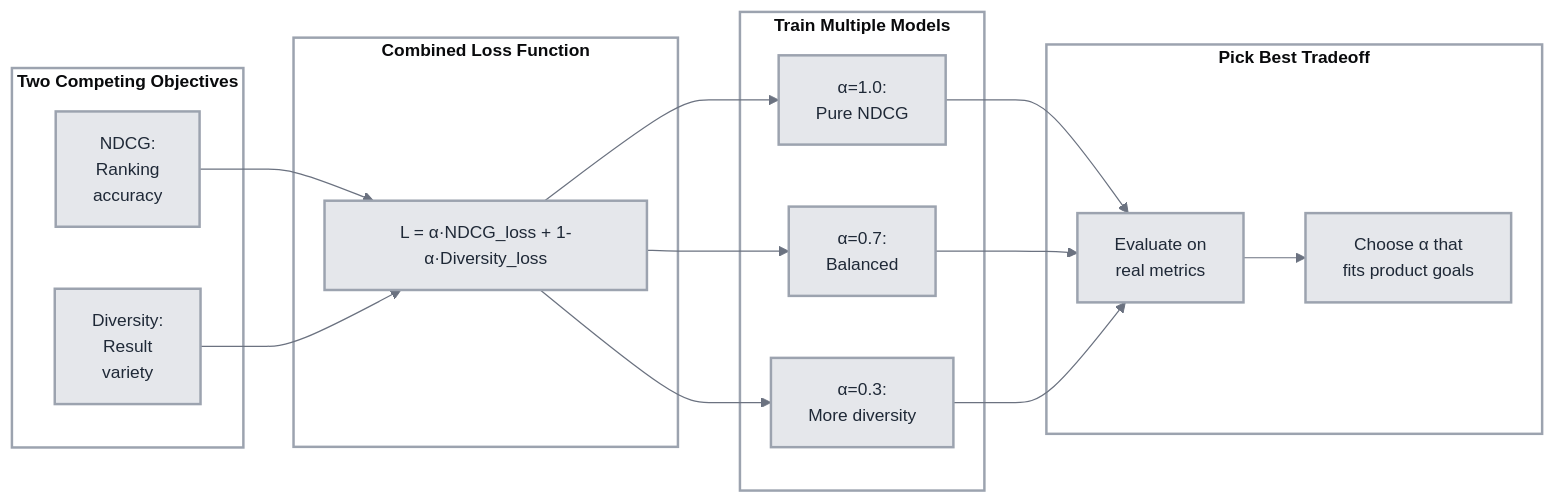
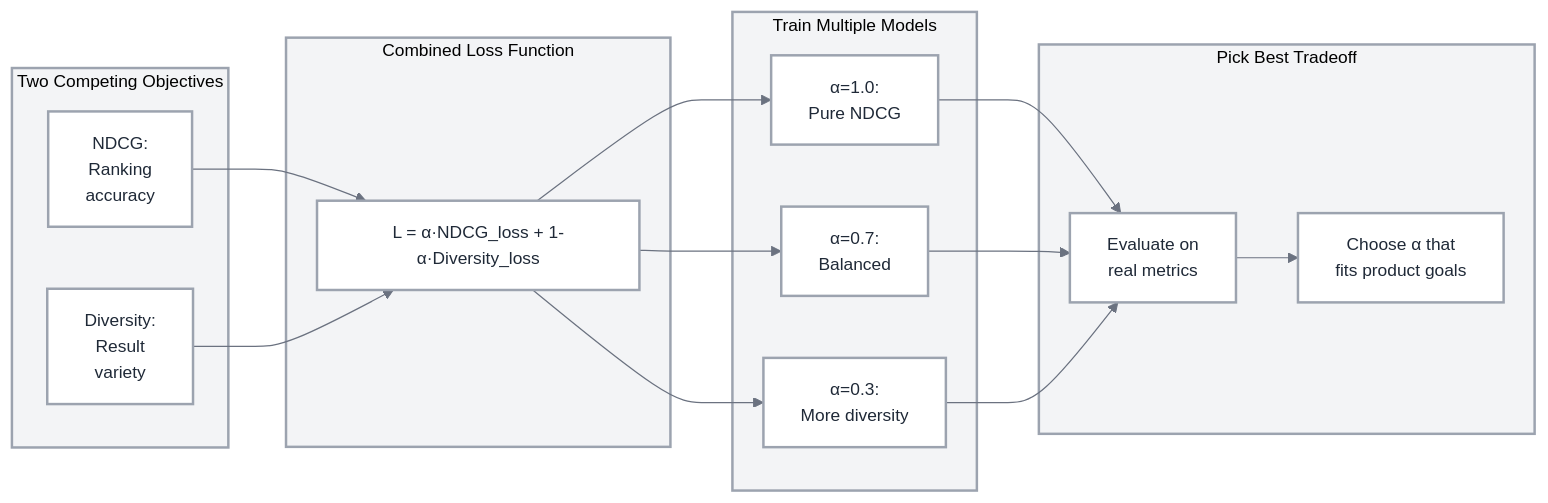
Before and after one commit to saraswatmks/saraswatmks.github.com: the third of 4 diagrams in _posts/2026/2026-02-07-lightgbm_pairwise_lambdarank.md, drawn with Mermaid. The commit also changed other lines of this file, not shown here.

````diff
--- a/_posts/2026/2026-02-07-lightgbm_pairwise_lambdarank.md
+++ b/_posts/2026/2026-02-07-lightgbm_pairwise_lambdarank.md
@@ -214,58 +226,57 @@
 ```mermaid
 %%{init: {
   'theme': 'base',
   'themeVariables': {
-    'primaryColor': '#E5E7EB',
+    'primaryColor': '#FFFFFF',
     'primaryTextColor': '#1F2937',
     'primaryBorderColor': '#9CA3AF',
     'lineColor': '#6B7280',
     'fontSize': '14px',
-    'fontFamily': 'system-ui, -apple-system, sans-serif',
-    'background': '#F3F4F6'
+    'fontFamily': 'system-ui, -apple-system, sans-serif'
   }
 }}%%
 
 graph LR
-    subgraph Objectives["<b>Two Competing Objectives</b>"]
+    subgraph Objectives["Two Competing Objectives"]
         A[NDCG:<br/>Ranking<br/>accuracy]
         B[Diversity:<br/>Result<br/>variety]
     end
 
-    subgraph Loss["<b>Combined Loss Function</b>"]
+    subgraph Loss["Combined Loss Function"]
         C["L = α·NDCG_loss + 1-α·Diversity_loss"]
     end
 
-    subgraph Models["<b>Train Multiple Models</b>"]
+    subgraph Models["Train Multiple Models"]
         D1[α=1.0:<br/>Pure NDCG]
         D2[α=0.7:<br/>Balanced]
         D3[α=0.3:<br/>More diversity]
     end
 
-    subgraph Pareto["<b>Pick Best Tradeoff</b>"]
+    subgraph Pareto["Pick Best Tradeoff"]
         E[Evaluate on<br/>real metrics]
         F[Choose α that<br/>fits product goals]
     end
 
     A --> C
     B --> C
     C --> D1
     C --> D2
     C --> D3
     D1 --> E
     D2 --> E
     D3 --> E
     E --> F
 
-    style A fill:#E5E7EB,stroke:#9CA3AF,stroke-width:2px,color:#1F2937
-    style B fill:#E5E7EB,stroke:#9CA3AF,stroke-width:2px,color:#1F2937
-    style C fill:#E5E7EB,stroke:#9CA3AF,stroke-width:2px,color:#1F2937
-    style D1 fill:#E5E7EB,stroke:#9CA3AF,stroke-width:2px,color:#1F2937
-    style D2 fill:#E5E7EB,stroke:#9CA3AF,stroke-width:2px,color:#1F2937
-    style D3 fill:#E5E7EB,stroke:#9CA3AF,stroke-width:2px,color:#1F2937
-    style E fill:#E5E7EB,stroke:#9CA3AF,stroke-width:2px,color:#1F2937
-    style F fill:#E5E7EB,stroke:#9CA3AF,stroke-width:2px,color:#1F2937
-    style Objectives fill:#FFFFFF,stroke:#9CA3AF,stroke-width:2px
-    style Loss fill:#FFFFFF,stroke:#9CA3AF,stroke-width:2px
-    style Models fill:#FFFFFF,stroke:#9CA3AF,stroke-width:2px
-    style Pareto fill:#FFFFFF,stroke:#9CA3AF,stroke-width:2px
+    style A fill:#FFFFFF,stroke:#9CA3AF,stroke-width:2px,color:#1F2937
+    style B fill:#FFFFFF,stroke:#9CA3AF,stroke-width:2px,color:#1F2937
+    style C fill:#FFFFFF,stroke:#9CA3AF,stroke-width:2px,color:#1F2937
+    style D1 fill:#FFFFFF,stroke:#9CA3AF,stroke-width:2px,color:#1F2937
+    style D2 fill:#FFFFFF,stroke:#9CA3AF,stroke-width:2px,color:#1F2937
+    style D3 fill:#FFFFFF,stroke:#9CA3AF,stroke-width:2px,color:#1F2937
+    style E fill:#FFFFFF,stroke:#9CA3AF,stroke-width:2px,color:#1F2937
+    style F fill:#FFFFFF,stroke:#9CA3AF,stroke-width:2px,color:#1F2937
+    style Objectives fill:#F3F4F6,stroke:#9CA3AF,stroke-width:2px
+    style Loss fill:#F3F4F6,stroke:#9CA3AF,stroke-width:2px
+    style Models fill:#F3F4F6,stroke:#9CA3AF,stroke-width:2px
+    style Pareto fill:#F3F4F6,stroke:#9CA3AF,stroke-width:2px
 ```
````
